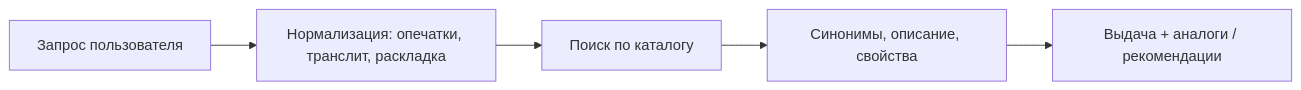
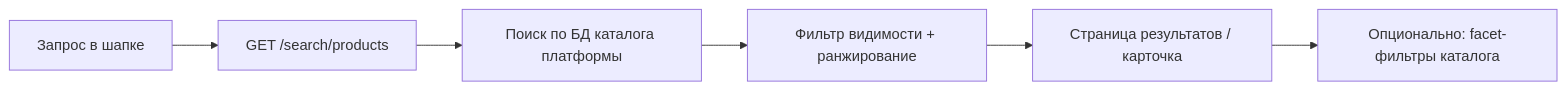
Before and after one commit to 1dotblack/palizh-analytics: the diagram in ЧТЗ/11_поиск.md, drawn with Mermaid. The commit also changed other lines of this file and 213 other files, not shown here.

````diff
--- a/ЧТЗ/11_поиск.md
+++ b/ЧТЗ/11_поиск.md
@@ -26,7 +40,8 @@
 ```mermaid
 flowchart LR
-    A[Запрос пользователя] --> B[Нормализация: опечатки, транслит, раскладка]
-    B --> C[Поиск по каталогу]
-    C --> D[Синонимы, описание, свойства]
-    D --> E[Выдача + аналоги / рекомендации]
+    A[Запрос в шапке] --> B[GET /search/products]
+    B --> C[Поиск по БД каталога платформы]
+    C --> D[Фильтр видимости + ранжирование]
+    D --> E[Страница результатов / карточка]
+    E --> F[Опционально: facet-фильтры каталога]
 ```
````
